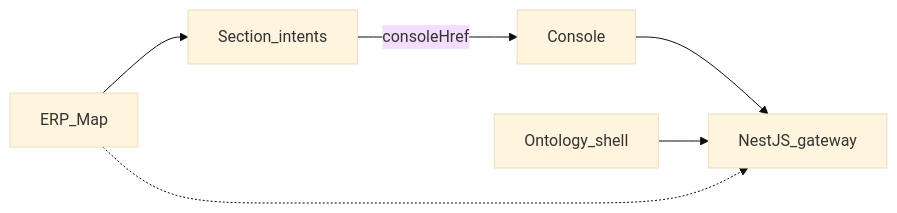
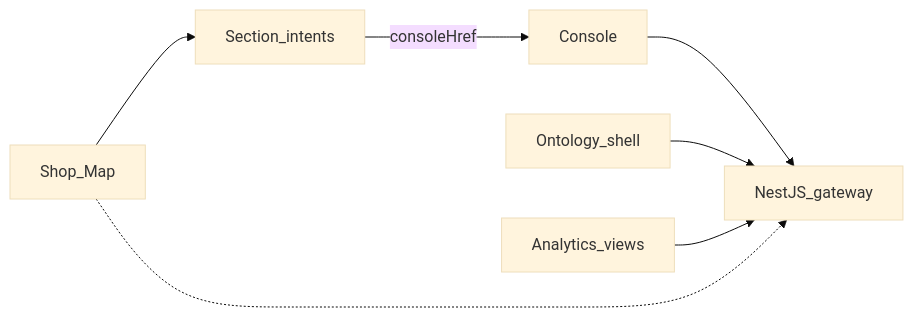
One commit to llanesleonardo/controlPanelErpOdoo changed the diagram in docs/System_Design/Subsystem/SAC-002/TSD.md. Above: the diagram before and after it, drawn with Mermaid (base theme). The commit also changed other lines of this file and 431 other files, not shown here.

````diff
--- a/docs/System_Design/Subsystem/SAC-002/TSD.md
+++ b/docs/System_Design/Subsystem/SAC-002/TSD.md
@@ -9,13 +10,15 @@
 ```mermaid
 flowchart LR
-  Map[ERP_Map]
+  Map[Shop_Map]
   Sec[Section_intents]
   Con[Console]
   Ont[Ontology_shell]
+  An[Analytics_views]
   Gw[NestJS_gateway]
   Map --> Sec
   Sec -->|consoleHref| Con
   Con --> Gw
   Ont --> Gw
+  An --> Gw
   Map -.-> Gw
 ```
````
